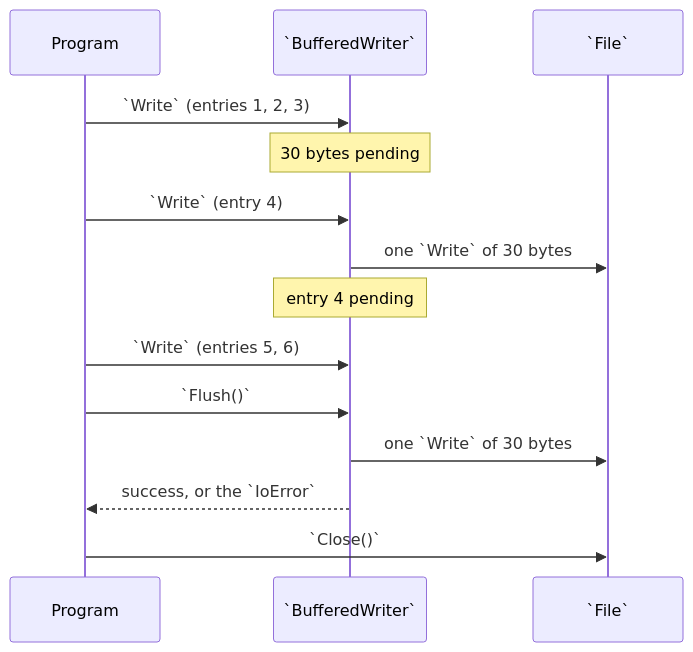
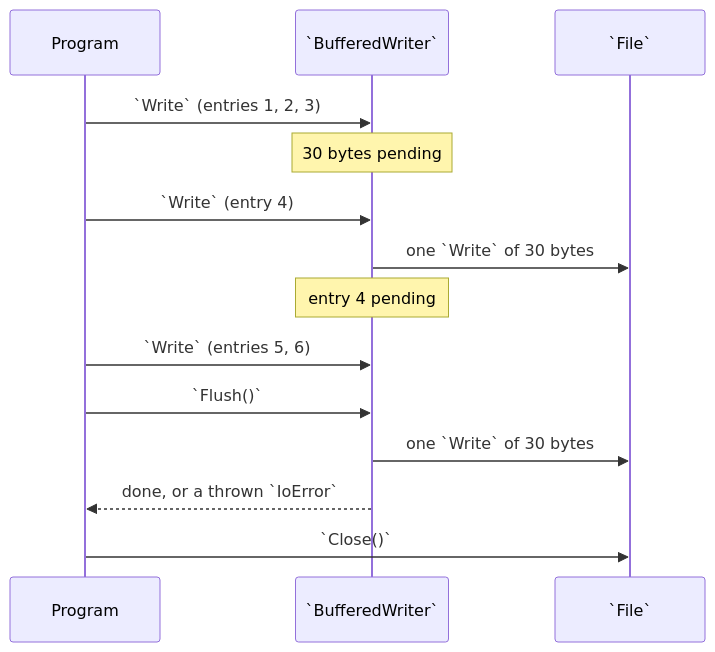
The diagram in content/docs/1.learn/19.files/08.buffered-io.md (rux-lang/Web), drawn with Mermaid before and after one commit. The commit also changed other lines of this file and 736 other files, not shown here.

````diff
--- a/content/docs/1.learn/19.files/08.buffered-io.md
+++ b/content/docs/1.learn/19.files/08.buffered-io.md
@@ -60,16 +60,16 @@
 ```mermaid
 sequenceDiagram
     participant P as Program
     participant B as `BufferedWriter`
     participant F as `File`
     P->>B: `Write` (entries 1, 2, 3)
     Note over B: 30 bytes pending
     P->>B: `Write` (entry 4)
     B->>F: one `Write` of 30 bytes
     Note over B: entry 4 pending
     P->>B: `Write` (entries 5, 6)
     P->>B: `Flush()`
     B->>F: one `Write` of 30 bytes
-    B-->>P: success, or the `IoError`
+    B-->>P: done, or a thrown `IoError`
     P->>F: `Close()`
 ```
````
